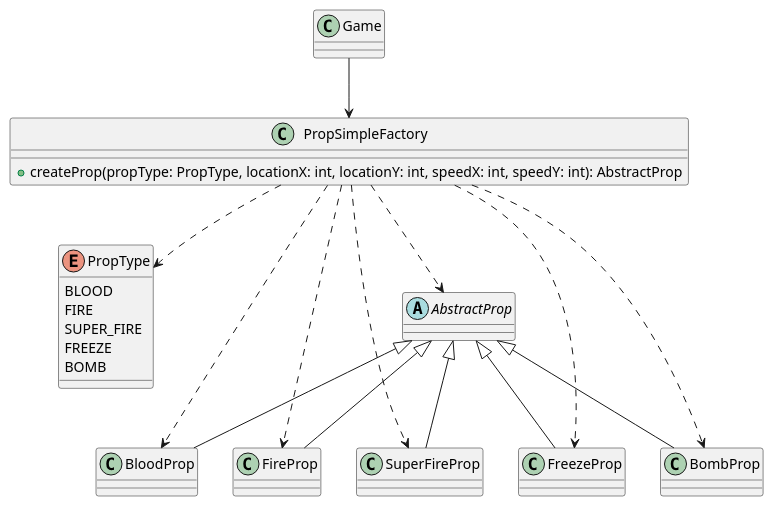
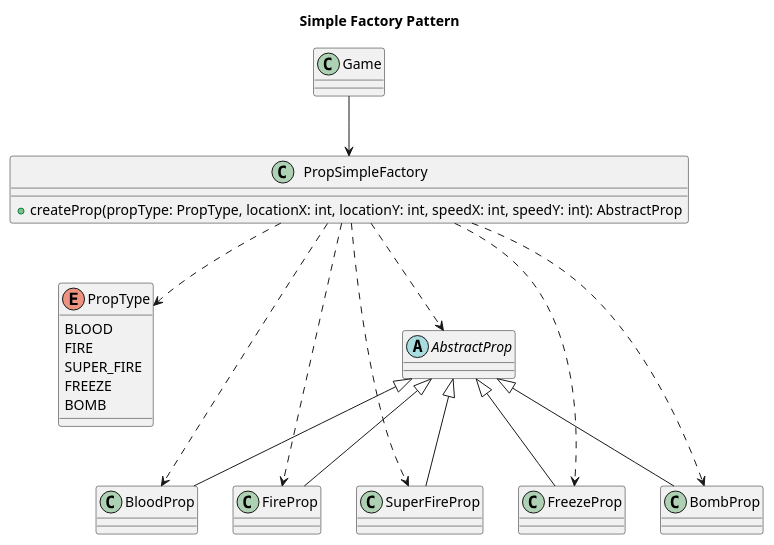
Before and after one commit to 520ououo/My-CS-learning-Process: the diagram in Coursework/software_engineering/AircraftWar-base1.0/uml/PropSimpleFactory.puml, drawn with PlantUML. The commit also changed 7 other files, not shown here.

```diff
--- a/Coursework/software_engineering/AircraftWar-base1.0/uml/PropSimpleFactory.puml
+++ b/Coursework/software_engineering/AircraftWar-base1.0/uml/PropSimpleFactory.puml
@@ -1,43 +1,45 @@
 @startuml
 'https://plantuml.com/class-diagram
+
+title Simple Factory Pattern
 
 class Game
 
 class PropSimpleFactory
 {
     + createProp(propType: PropType, locationX: int, locationY: int, speedX: int, speedY: int): AbstractProp
 }
 
 enum PropType
 {
     BLOOD
     FIRE
     SUPER_FIRE
     FREEZE
     BOMB
 }
 
 abstract class AbstractProp
 
 class BloodProp
 class FireProp
 class SuperFireProp
 class FreezeProp
 class BombProp
 
 Game --> PropSimpleFactory
 PropSimpleFactory ..> PropType
 PropSimpleFactory ..> AbstractProp
 PropSimpleFactory ..> BloodProp
 PropSimpleFactory ..> FireProp
 PropSimpleFactory ..> SuperFireProp
 PropSimpleFactory ..> FreezeProp
 PropSimpleFactory ..> BombProp
 
 AbstractProp <|-- BloodProp
 AbstractProp <|-- FireProp
 AbstractProp <|-- SuperFireProp
 AbstractProp <|-- FreezeProp
 AbstractProp <|-- BombProp
 
 @enduml
```
